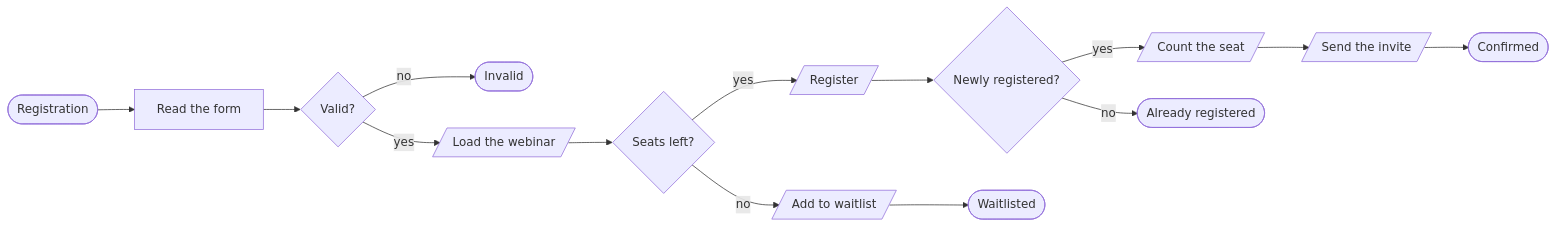
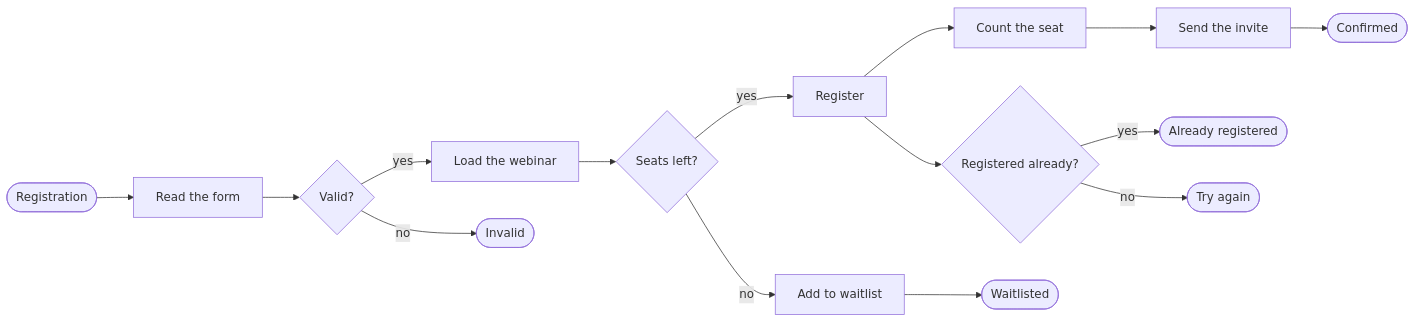
Before and after one commit to kimjoshuadr/n8n-workflows: the fifth of 5 diagrams in workflows/sales/README.md, drawn with Mermaid. The commit also changed other lines of this file and 184 other files, not shown here.

Commit message:
Finish the move to named platforms: blocks, BambooHR, generated README, schema and platform marks

````diff
--- a/workflows/sales/README.md
+++ b/workflows/sales/README.md
@@ -210,30 +206,32 @@
 ```mermaid
 flowchart LR
   nhg7o80(["Registration"])
   ng25lee["Read the form"]
   n2xqlyi{"Valid?"}
   n1clxfxs(["Invalid"])
-  nmrvbfs[/"Load the webinar"/]
+  nmrvbfs["Load the webinar"]
   n82pjwf{"Seats left?"}
-  n1sj7y6i[/"Register"/]
-  neds8qr{"Newly registered?"}
-  n1vflg6k[/"Count the seat"/]
-  n1i4bpk9[/"Send the invite"/]
+  n1sj7y6i["Register"]
+  n9nggn2{"Registered already?"}
+  n1mqinas(["Try again"])
+  n1vflg6k["Count the seat"]
+  n1i4bpk9["Send the invite"]
   n1w4hf6g(["Confirmed"])
   n1zwu5t(["Already registered"])
-  nmv87ma[/"Add to waitlist"/]
+  nmv87ma["Add to waitlist"]
   n15xdlg9(["Waitlisted"])
   nhg7o80 --> ng25lee
   ng25lee --> n2xqlyi
   n2xqlyi -->|yes| nmrvbfs
   nmrvbfs --> n82pjwf
   n82pjwf -->|yes| n1sj7y6i
-  n1sj7y6i --> neds8qr
-  neds8qr -->|yes| n1vflg6k
+  n1sj7y6i --> n1vflg6k
   n1vflg6k --> n1i4bpk9
   n1i4bpk9 --> n1w4hf6g
   n2xqlyi -->|no| n1clxfxs
   n82pjwf -->|no| nmv87ma
   nmv87ma --> n15xdlg9
-  neds8qr -->|no| n1zwu5t
+  n1sj7y6i --> n9nggn2
+  n9nggn2 -->|yes| n1zwu5t
+  n9nggn2 -->|no| n1mqinas
 ```
````
